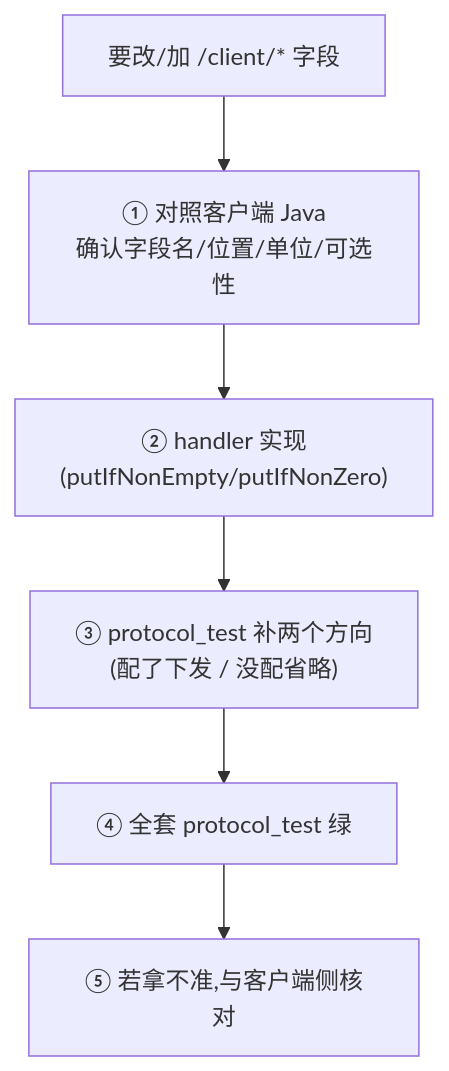
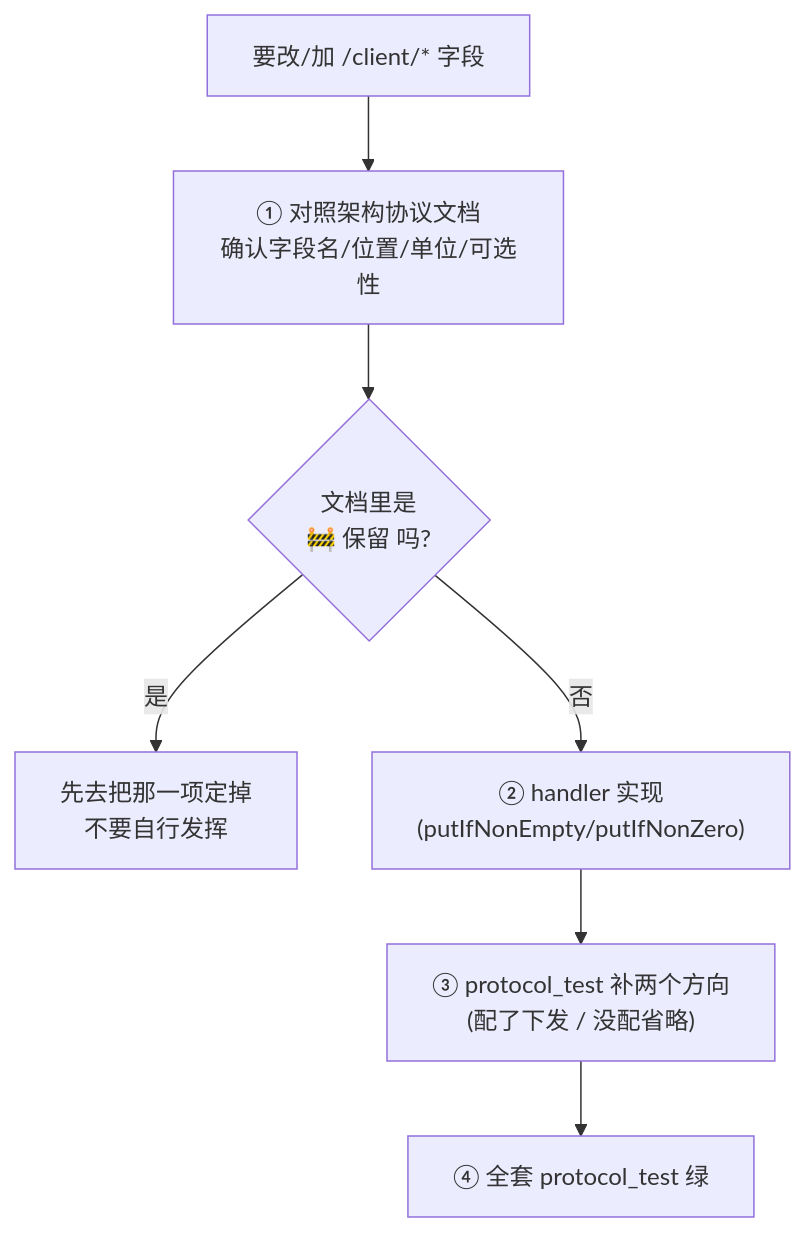
Before and after one commit to MagirecoCN-Revival-Project/magireco-cnv-server: the fifth of 5 diagrams in docs/contributing/protocol-fidelity.md, drawn with Mermaid. The commit also changed other lines of this file and 32 other files, not shown here.

````diff
--- a/docs/contributing/protocol-fidelity.md
+++ b/docs/contributing/protocol-fidelity.md
@@ -119,8 +152,9 @@
 ```mermaid
 flowchart TB
-    NEED["要改/加 /client/* 字段"] --> READ["① 对照客户端 Java<br/>确认字段名/位置/单位/可选性"]
-    READ --> IMPL["② handler 实现<br/>(putIfNonEmpty/putIfNonZero)"]
+    NEED["要改/加 /client/* 字段"] --> READ["① 对照架构协议文档<br/>确认字段名/位置/单位/可选性"]
+    READ --> CHK{文档里是<br/>🚧 保留 吗?}
+    CHK -->|是| SPEC["先去把那一项定掉<br/>不要自行发挥"]
+    CHK -->|否| IMPL["② handler 实现<br/>(putIfNonEmpty/putIfNonZero)"]
     IMPL --> TEST["③ protocol_test 补两个方向<br/>(配了下发 / 没配省略)"]
     TEST --> GREEN["④ 全套 protocol_test 绿"]
-    GREEN --> REVIEW["⑤ 若拿不准,与客户端侧核对"]
 ```
````
